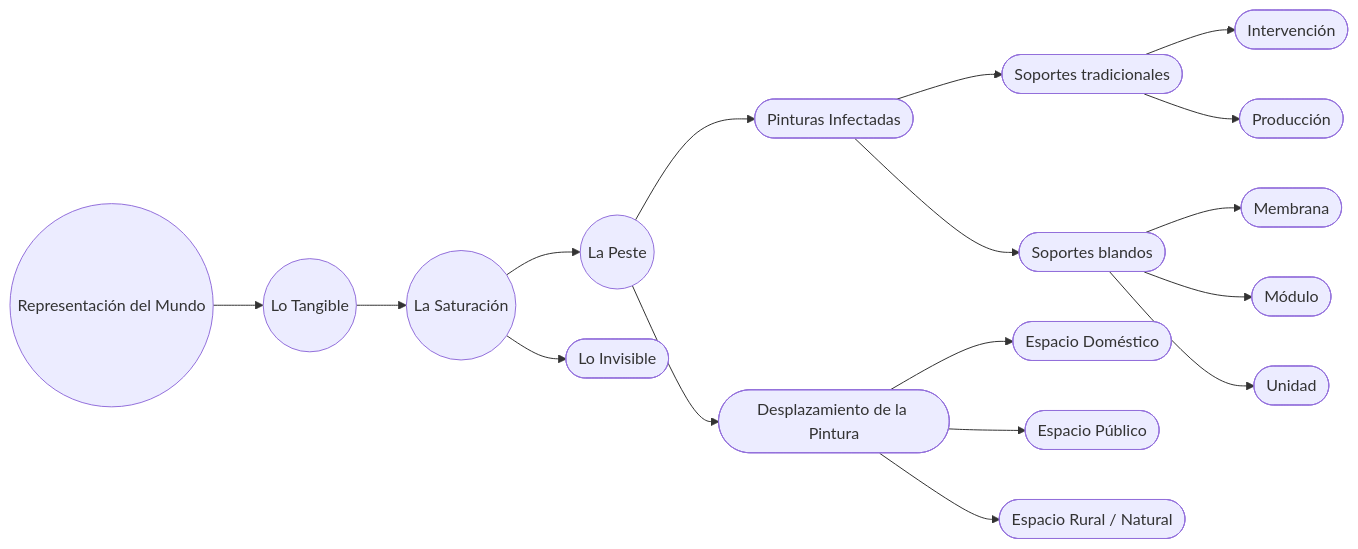
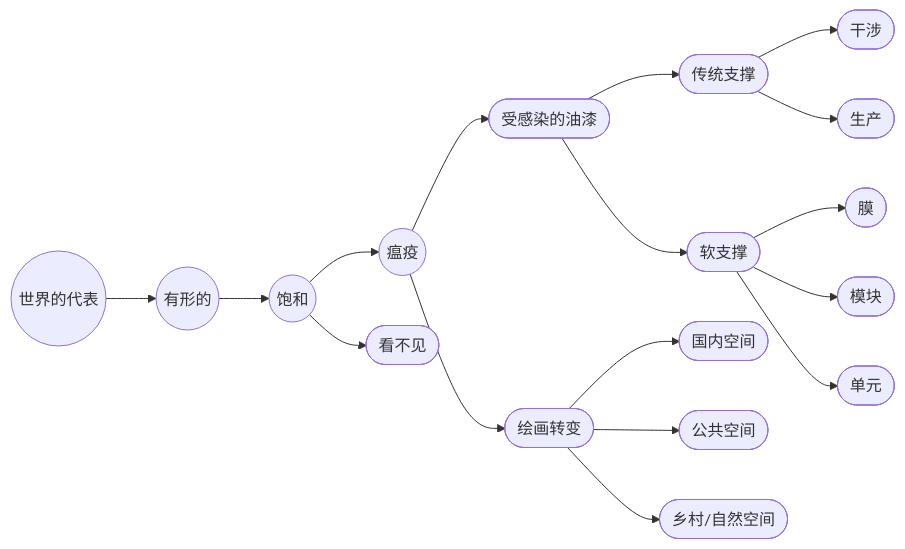
One commit to EGGS-Artesvisuales/EGGS-Artesvisuales.github.io changed the diagram in CHN/la-peste.md. Above: the diagram before and after it, drawn with Mermaid. The commit also changed other lines of this file and 43 other files, not shown here.

```diff
--- a/CHN/la-peste.md
+++ b/CHN/la-peste.md
@@ -53,51 +53,51 @@
 <div class="mermaid">
 flowchart LR
   %% --- Macroestructura ---
-  Z(("Representación del Mundo")) --> Y(("Lo Tangible"))
-  Y --> A(("La Saturación"))
-  A --> B(("La Peste"))
-  A --> X(["Lo Invisible"])
+  Z(("世界的代表")) --> Y(("有形的"))
+  Y --> A(("饱和"))
+  A --> B(("瘟疫"))
+  A --> X(["看不见"])
 
   %% --- Rama: La Peste / Pinturas Infectadas ---
-  B --> C(["Pinturas Infectadas"])
+  B --> C(["受感染的油漆"])
 
   %% Soportes tradicionales
-  C --> D(["Soportes tradicionales"])
-  D --> D1(["Intervención"])
-  D --> D2(["Producción"])
+  C --> D(["传统支撑"])
+  D --> D1(["干涉"])
+  D --> D2(["生产"])
 
   %% Soportes blandos
-  C --> E(["Soportes blandos"])
-  E --> E1(["Membrana"])
-  E --> E2(["Módulo"])
-  E --> E3(["Unidad"])
+  C --> E(["软支撑"])
+  E --> E1(["膜"])
+  E --> E2(["模块"])
+  E --> E3(["单元"])
 
   %% --- Rama: Desplazamiento de la Pintura ---
-  B --> F(["Desplazamiento de la Pintura"])
-  F --> F1(["Espacio Doméstico"])
-  F --> F2(["Espacio Público"])
-  F --> F3(["Espacio Rural / Natural"])
+  B --> F(["绘画转变"])
+  F --> F1(["国内空间"])
+  F --> F2(["公共空间"])
+  F --> F3(["乡村/自然空间"])
 
   %% --- Links ---
-  click Z "/CHN/mundo-exterior.html" "Ver Representación del Mundo"
-  click Y "/CHN/tangible.html" "Ver Lo Tangible"
-  click A "/CHN/saturacion.html" "Ver La Saturación"
-  click B "/CHN/la-peste.html" "Ver La Peste"
-  click X "/CHN/lo-invisible.html" "Ver Lo Invisible"
+  click Z "/CHN/mundo-exterior.html" "参见世界的代表性"
+  click Y "/CHN/tangible.html" "看到有形的"
+  click A "/CHN/saturacion.html" "查看饱和度"
+  click B "/CHN/la-peste.html" "参见瘟疫"
+  click X "/CHN/lo-invisible.html" "看到看不见的东西"
 
-  click C "/CHN/peste-pinturas-infectadas.html" "Ver Pinturas Infectadas"
+  click C "/CHN/peste-pinturas-infectadas.html" "查看受感染的画作"
 
-  click D "/CHN/peste-pinturas-infectadas.html#soportes-tradicionales" "Ir a Soportes Tradicionales"
-  click D1 "/CHN/peste-pinturas-infectadas.html#intervenciones" "Ir a Intervenciones"
-  click D2 "/CHN/peste-pinturas-infectadas.html#producciones" "Ir a Producciones"
+  click D "/CHN/peste-pinturas-infectadas.html#soportes-tradicionales" "转到传统支持"
+  click D1 "/CHN/peste-pinturas-infectadas.html#intervenciones" "前往干预措施"
+  click D2 "/CHN/peste-pinturas-infectadas.html#producciones" "前往制作"
 
-  click E "/CHN/peste-pinturas-infectadas.html#soportes-blandos" "Ir a Soportes Blandos"
-  click E1 "/CHN/peste-pinturas-infectadas.html#membranas" "Ir a Membranas"
-  click E2 "/CHN/peste-pinturas-infectadas.html#modulos" "Ir a Módulos"
-  click E3 "/CHN/peste-pinturas-infectadas.html#unidades" "Ir a Unidades"
+  click E "/CHN/peste-pinturas-infectadas.html#soportes-blandos" "访问 软支撑"
+  click E1 "/CHN/peste-pinturas-infectadas.html#membranas" "前往膜"
+  click E2 "/CHN/peste-pinturas-infectadas.html#modulos" "转到模块"
+  click E3 "/CHN/peste-pinturas-infectadas.html#unidades" "前往单位"
 
-  click F "/CHN/desplazamiento-pintura.html" "Ir a Desplazamiento de la Pintura"
-  click F1 "/CHN/espacio-domestico.html" "Ir a Espacio Doméstico"
-  click F2 "/CHN/espacio-publico.html" "Ir a Espacio Público"
-  click F3 "/CHN/espacio-rural.html" "Ir a Espacio Rural / Natural"
+  click F "/CHN/desplazamiento-pintura.html" "转到绘画变换"
+  click F1 "/CHN/espacio-domestico.html" "前往国内空间"
+  click F2 "/CHN/espacio-publico.html" "前往公共空间"
+  click F3 "/CHN/espacio-rural.html" "前往乡村/自然空间"
 </div>
```
